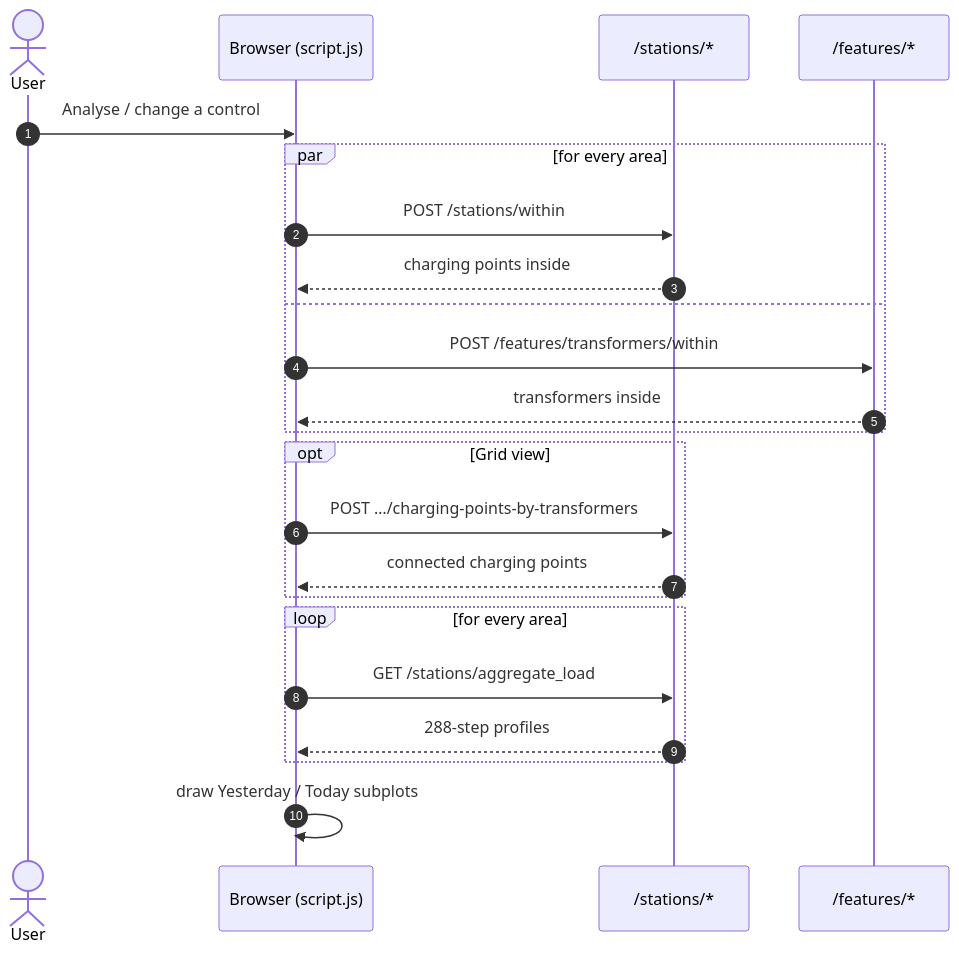
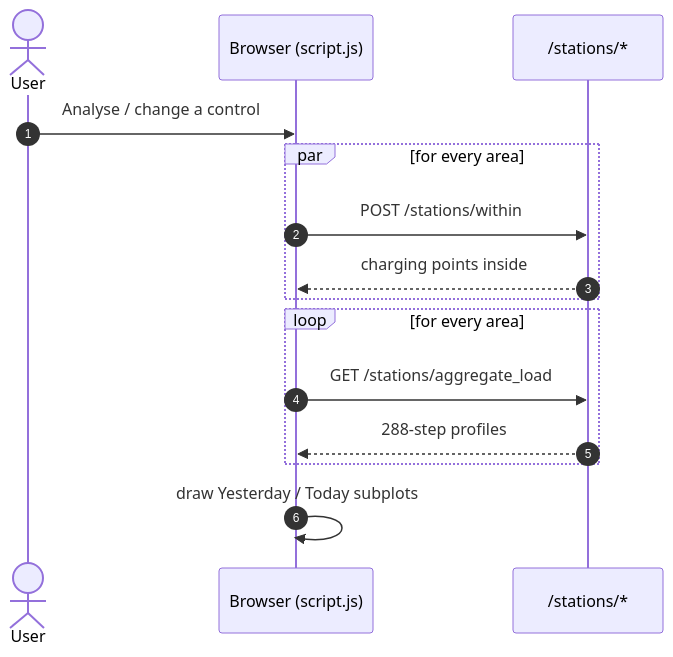
One commit to StavrosOrf/EPIOT changed the diagram in docs/user-guide/load-profiles.md. Above: the diagram before and after it, drawn with Mermaid. The commit also changed other lines of this file and 29 other files, not shown here.

First line of the commit message:
Add comprehensive tests for group actions, KPI UI, and scenario charts

````diff
--- a/docs/user-guide/load-profiles.md
+++ b/docs/user-guide/load-profiles.md
@@ -87,25 +70,17 @@
 ```{mermaid}
 sequenceDiagram
     autonumber
     actor U as User
     participant FE as Browser (script.js)
     participant ST as /stations/*
-    participant FT as /features/*
     U->>FE: Analyse / change a control
     par for every area
         FE->>ST: POST /stations/within
         ST-->>FE: charging points inside
-    and
-        FE->>FT: POST /features/transformers/within
-        FT-->>FE: transformers inside
-    end
-    opt Grid view
-        FE->>ST: POST …/charging-points-by-transformers
-        ST-->>FE: connected charging points
     end
     loop for every area
         FE->>ST: GET /stations/aggregate_load
         ST-->>FE: 288-step profiles
     end
     FE->>FE: draw Yesterday / Today subplots
 ```
````
